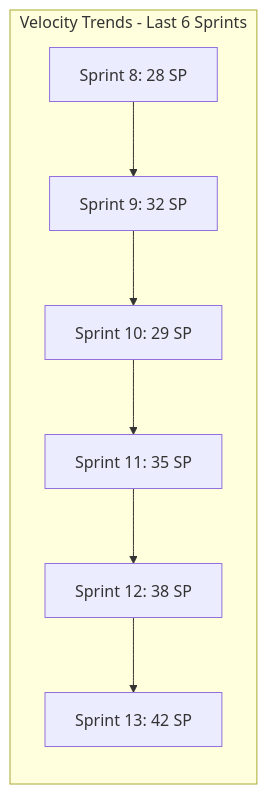
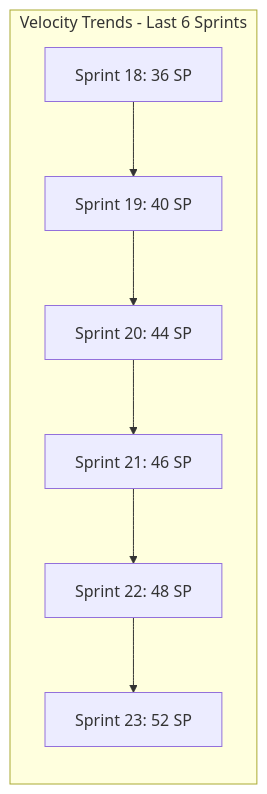
One commit to HOW2AI-AGENCY/albert3-muse-synth-studio changed the first of 9 diagrams in project-management/reports/team-dashboard.md. Above: the diagram before and after it, drawn with Mermaid. The commit also changed other lines of this file and 6 other files, not shown here.

````diff
--- a/project-management/reports/team-dashboard.md
+++ b/project-management/reports/team-dashboard.md
@@ -22,10 +22,10 @@
 ```mermaid
 graph LR
     subgraph "Velocity Trends - Last 6 Sprints"
-        A[Sprint 8: 28 SP] --> B[Sprint 9: 32 SP]
-        B --> C[Sprint 10: 29 SP]
-        C --> D[Sprint 11: 35 SP]
-        D --> E[Sprint 12: 38 SP]
-        E --> F[Sprint 13: 42 SP]
+        A[Sprint 18: 36 SP] --> B[Sprint 19: 40 SP]
+        B --> C[Sprint 20: 44 SP]
+        C --> D[Sprint 21: 46 SP]
+        D --> E[Sprint 22: 48 SP]
+        E --> F[Sprint 23: 52 SP]
     end
 ```
````
